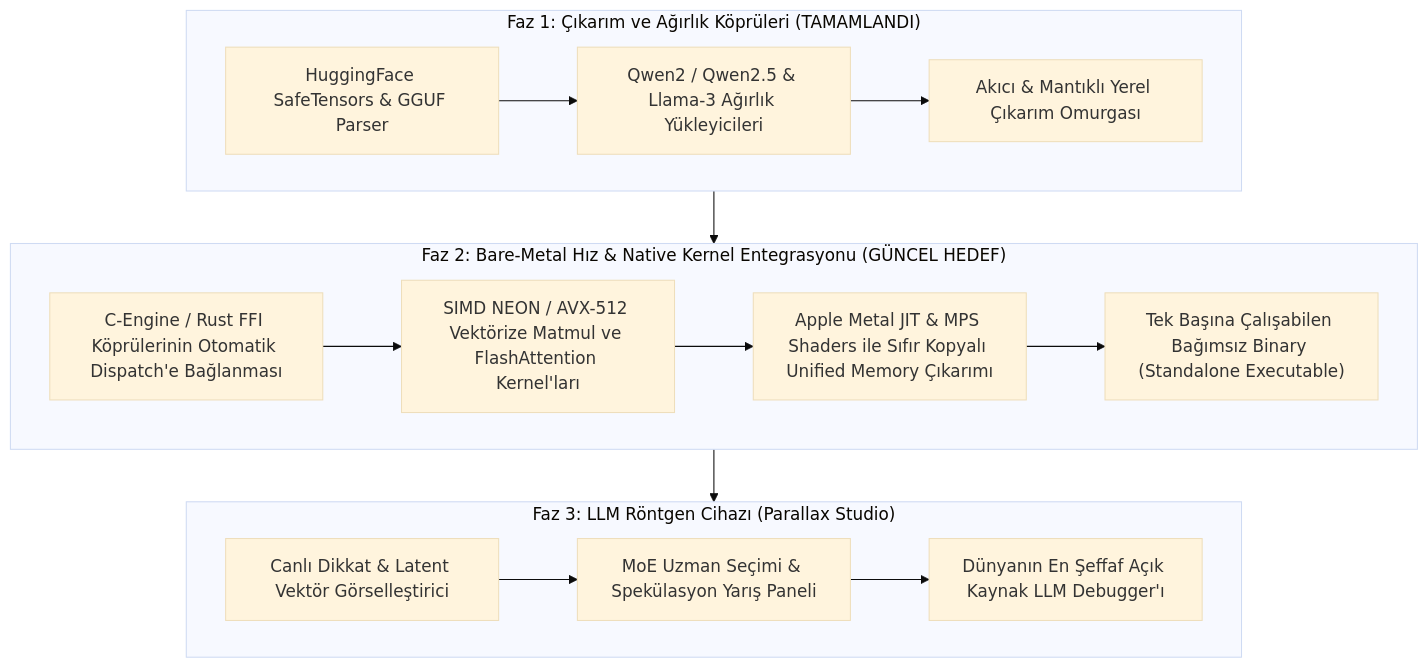
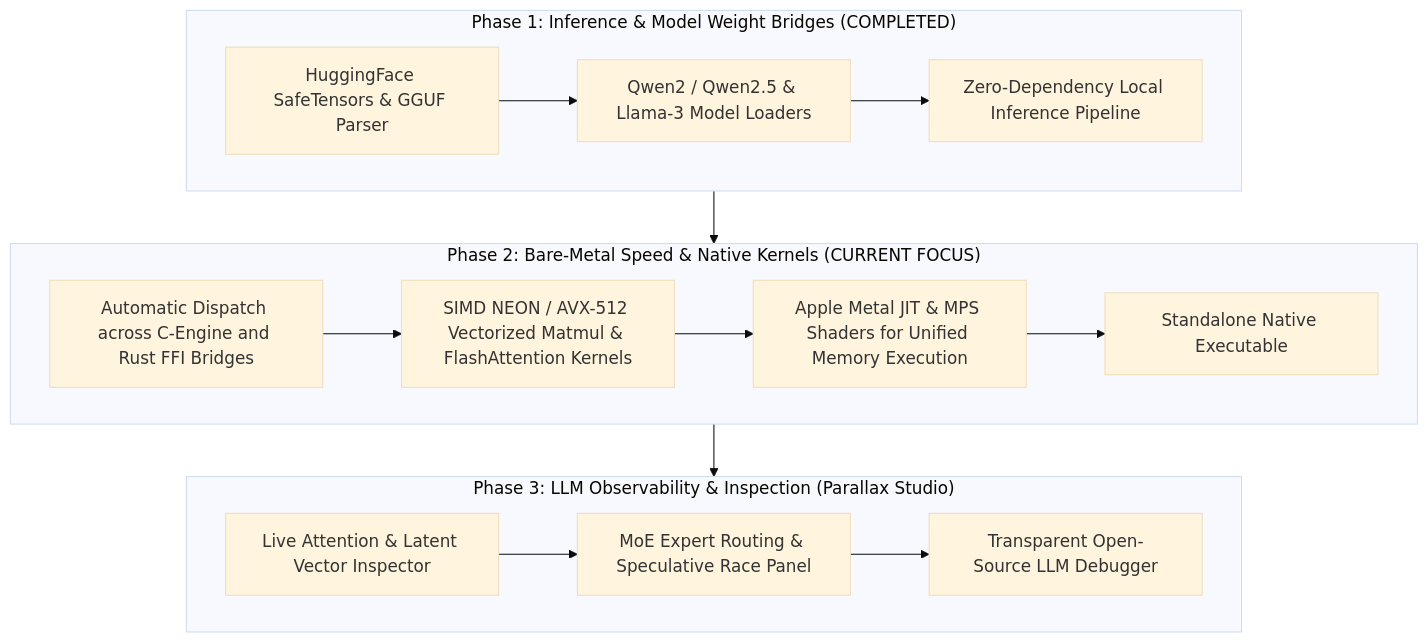
Before and after one commit to gokselozgur5/parallax-core: the second of 2 diagrams in VISION.md, drawn with Mermaid (base theme). The commit also changed other lines of this file, not shown here.

Commit message:
docs(vision): translate roadmap and engineering principles to English

````diff
--- a/VISION.md
+++ b/VISION.md
@@ -211,26 +211,26 @@
 ```mermaid
 flowchart TD
-    subgraph Faz1["Faz 1: Çıkarım ve Ağırlık Köprüleri (TAMAMLANDI)"]
+    subgraph Phase1["Phase 1: Inference & Model Weight Bridges (COMPLETED)"]
         F1_1["HuggingFace SafeTensors & GGUF Parser"]
-        F1_2["Qwen2 / Qwen2.5 & Llama-3 Ağırlık Yükleyicileri"]
-        F1_3["Akıcı & Mantıklı Yerel Çıkarım Omurgası"]
+        F1_2["Qwen2 / Qwen2.5 & Llama-3 Model Loaders"]
+        F1_3["Zero-Dependency Local Inference Pipeline"]
         F1_1 --> F1_2 --> F1_3
     end
 
-    subgraph Faz2["Faz 2: Bare-Metal Hız & Native Kernel Entegrasyonu (GÜNCEL HEDEF)"]
-        F2_1["C-Engine / Rust FFI Köprülerinin Otomatik Dispatch'e Bağlanması"]
-        F2_2["SIMD NEON / AVX-512 Vektörize Matmul ve FlashAttention Kernel'ları"]
-        F2_3["Apple Metal JIT & MPS Shaders ile Sıfır Kopyalı Unified Memory Çıkarımı"]
-        F2_4["Tek Başına Çalışabilen Bağımsız Binary (Standalone Executable)"]
+    subgraph Phase2["Phase 2: Bare-Metal Speed & Native Kernels (CURRENT FOCUS)"]
+        F2_1["Automatic Dispatch across C-Engine and Rust FFI Bridges"]
+        F2_2["SIMD NEON / AVX-512 Vectorized Matmul & FlashAttention Kernels"]
+        F2_3["Apple Metal JIT & MPS Shaders for Unified Memory Execution"]
+        F2_4["Standalone Native Executable"]
         F2_1 --> F2_2 --> F2_3 --> F2_4
     end
 
-    subgraph Faz3["Faz 3: LLM Röntgen Cihazı (Parallax Studio)"]
-        F3_1["Canlı Dikkat & Latent Vektör Görselleştirici"]
-        F3_2["MoE Uzman Seçimi & Spekülasyon Yarış Paneli"]
-        F3_3["Dünyanın En Şeffaf Açık Kaynak LLM Debugger'ı"]
+    subgraph Phase3["Phase 3: LLM Observability & Inspection (Parallax Studio)"]
+        F3_1["Live Attention & Latent Vector Inspector"]
+        F3_2["MoE Expert Routing & Speculative Race Panel"]
+        F3_3["Transparent Open-Source LLM Debugger"]
         F3_1 --> F3_2 --> F3_3
     end
 
-    Faz1 --> Faz2 --> Faz3
+    Phase1 --> Phase2 --> Phase3
 ```
````
